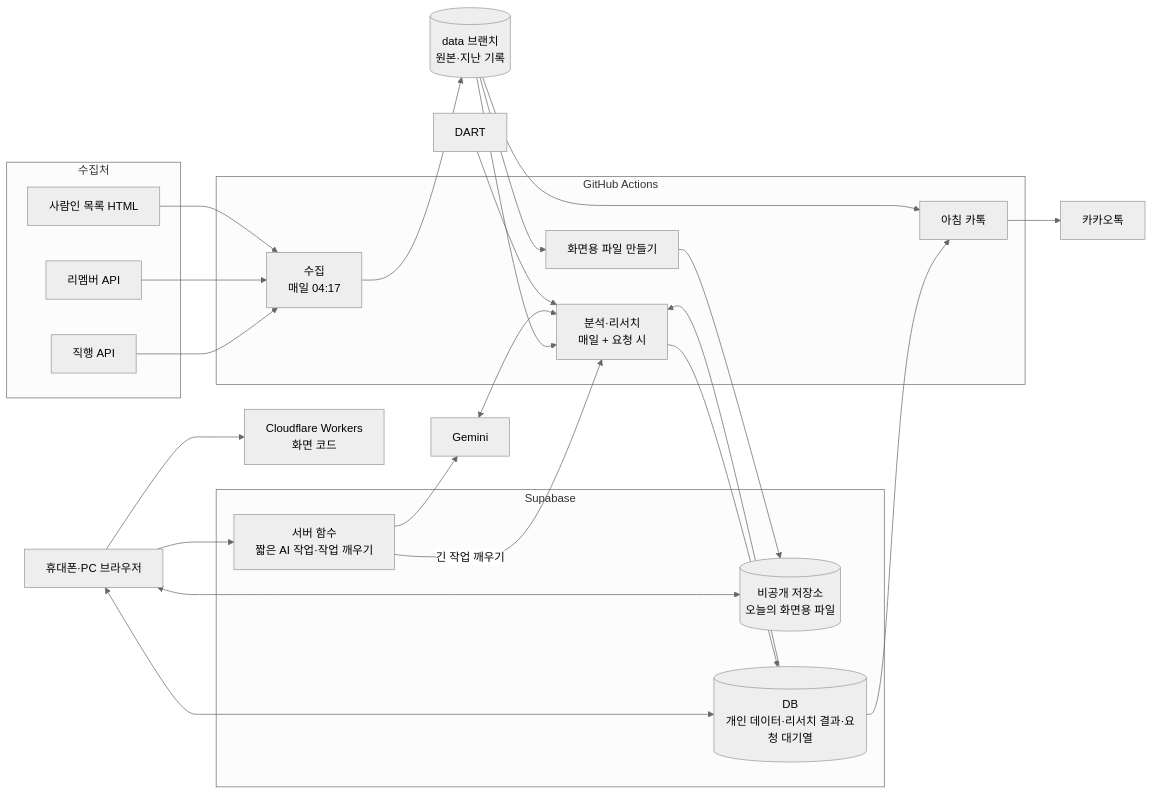
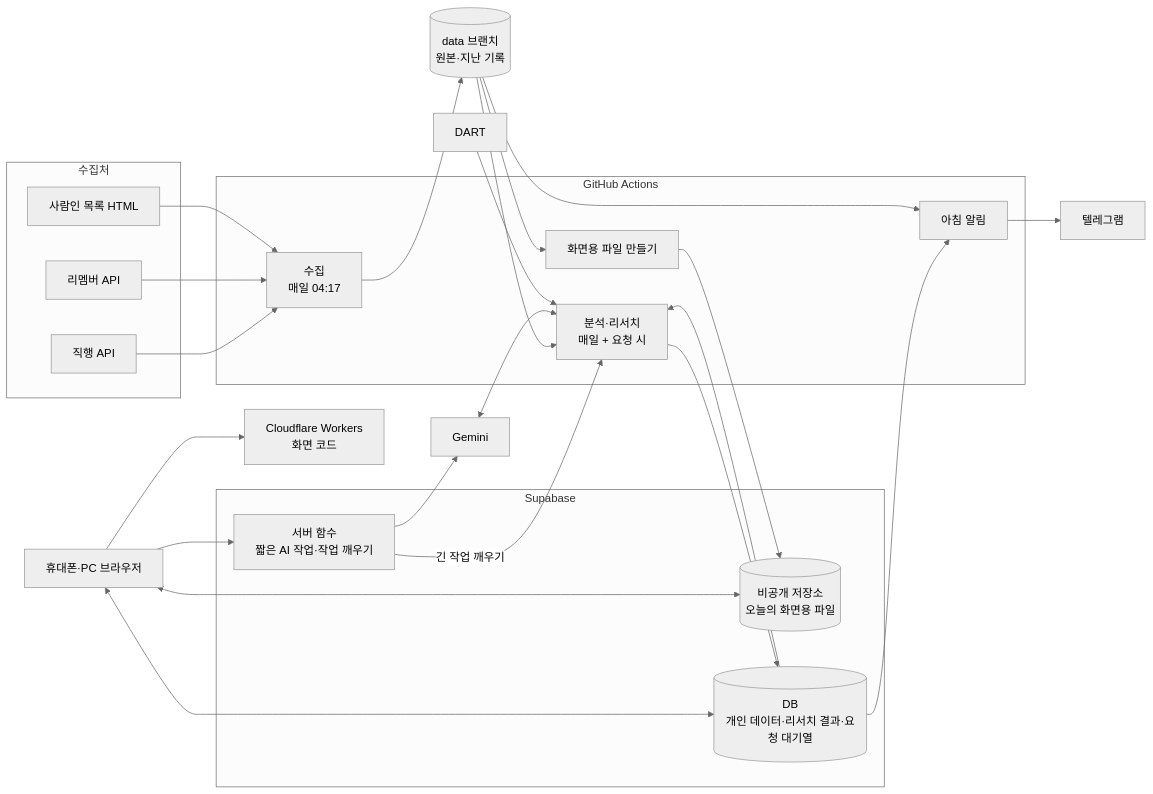
The diagram in docs/architecture.md (GIT-SUNGWONCHO/job_posting), drawn with Mermaid (neutral theme) before and after one commit. The commit also changed other lines of this file and 15 other files, not shown here.

````diff
--- a/docs/architecture.md
+++ b/docs/architecture.md
@@ -9,45 +9,45 @@
 ```mermaid
 flowchart LR
   subgraph 수집처
     Z[직행 API]
     R[리멤버 API]
     S[사람인 목록 HTML]
   end
   subgraph GitHub Actions
     C[수집<br/>매일 04:17]
     A[분석·리서치<br/>매일 + 요청 시]
     B[화면용 파일 만들기]
-    K[아침 카톡]
+    K[아침 알림]
   end
   D[(data 브랜치<br/>원본·지난 기록)]
   subgraph Supabase
     ST[(비공개 저장소<br/>오늘의 화면용 파일)]
     DB[(DB<br/>개인 데이터·리서치 결과·요청 대기열)]
     F[서버 함수<br/>짧은 AI 작업·작업 깨우기]
   end
   G[Gemini]
   DART[DART]
   P[Cloudflare Workers<br/>화면 코드]
   U[휴대폰·PC 브라우저]
-  KT[카카오톡]
+  KT[텔레그램]
 
   Z --> C
   R --> C
   S --> C
   C --> D
   D --> A
   DB --> A
   G <--> A
   DART --> A
   A --> DB
   D --> B --> ST
   U --> P
   U <--> ST
   U <--> DB
   U --> F
   F --> G
   F -- 긴 작업 깨우기 --> A
   DB --> K
   D --> K
   K --> KT
 ```
````
